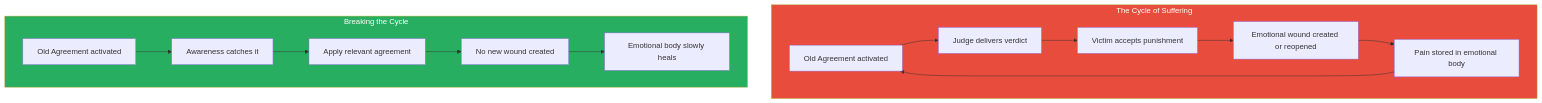
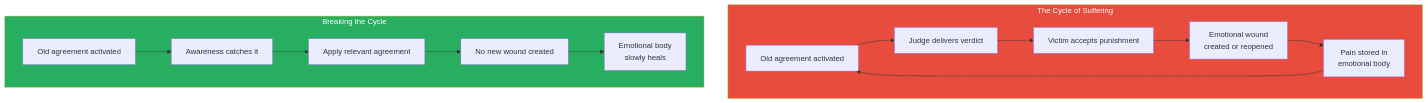
Before and after one commit to alius33/reader: the second of 7 diagrams in summaries/Mindset & Self-Mastery/The Four Agreements - Don Miguel Ruiz.md, drawn with Mermaid. The commit also changed other lines of this file and 272 other files, not shown here.

````diff
--- a/summaries/Mindset & Self-Mastery/The Four Agreements - Don Miguel Ruiz.md
+++ b/summaries/Mindset & Self-Mastery/The Four Agreements - Don Miguel Ruiz.md
@@ -172,18 +205,18 @@
 ```mermaid
 flowchart TD
     subgraph CYCLE ["The Cycle of Suffering"]
-        A["Old Agreement activated"] --> B["Judge delivers verdict"]
+        A["Old agreement activated"] --> B["Judge delivers verdict"]
         B --> C["Victim accepts punishment"]
-        C --> D["Emotional wound created or reopened"]
-        D --> E["Pain stored in emotional body"]
+        C --> D["Emotional wound<br>created or reopened"]
+        D --> E["Pain stored in<br>emotional body"]
         E --> A
     end
     subgraph FREEDOM ["Breaking the Cycle"]
-        F["Old Agreement activated"] --> G["Awareness catches it"]
+        F["Old agreement activated"] --> G["Awareness catches it"]
         G --> H["Apply relevant agreement"]
         H --> I["No new wound created"]
-        I --> J["Emotional body slowly heals"]
+        I --> J["Emotional body<br>slowly heals"]
     end
     style CYCLE fill:#e74c3c,color:#fff
     style FREEDOM fill:#27ae60,color:#fff
 ```
````
